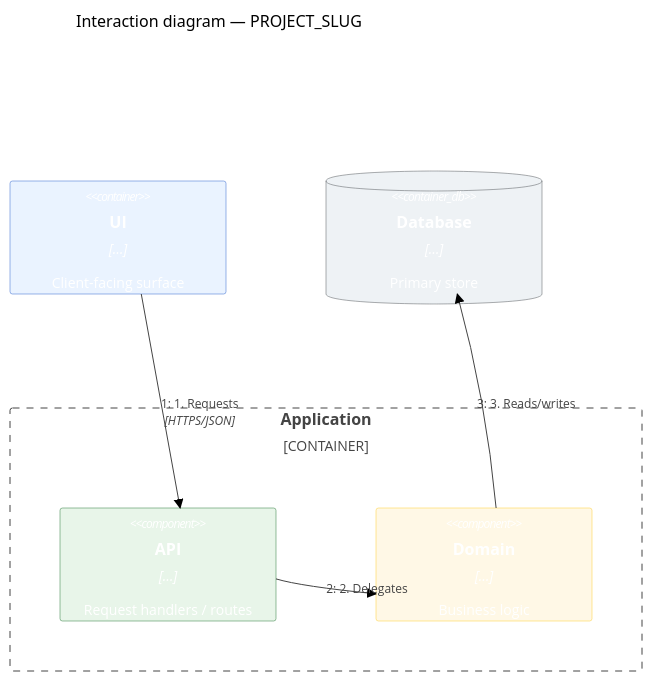
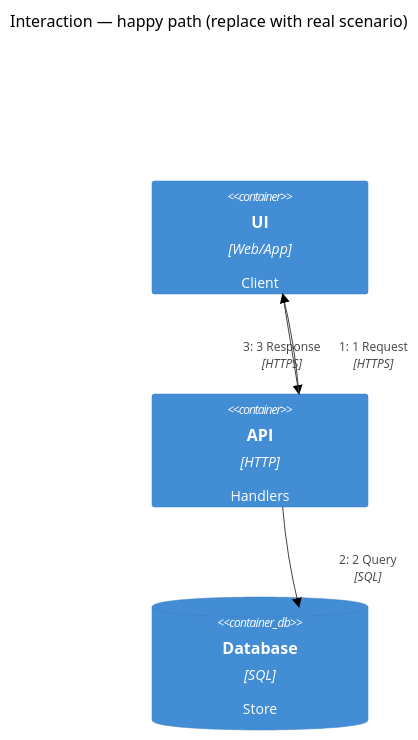
The second of 2 diagrams in AI/skills/my-wiki-flow/assets/project-pages/architecture.md (ezcafe/dotfiles), drawn with Mermaid (forest theme) before and after one commit. The commit also changed other lines of this file and 11 other files, not shown here.

````diff
--- a/AI/skills/my-wiki-flow/assets/project-pages/architecture.md
+++ b/AI/skills/my-wiki-flow/assets/project-pages/architecture.md
@@ -25,20 +67,20 @@
 ```mermaid
 C4Dynamic
-title Interaction diagram — PROJECT_SLUG
+title Interaction — happy path (replace with real scenario)
 
-Container(ui, "UI", "…", "Client-facing surface")
-Container_Boundary(app, "Application") {
-  Component(api, "API", "…", "Request handlers / routes")
-  Component(domain, "Domain", "…", "Business logic")
-}
-ContainerDb(db, "Database", "…", "Primary store")
+%% One shape per row keeps steps readable (C4Dynamic default packs 4/row and overlaps).
+UpdateLayoutConfig($c4ShapeInRow="1", $c4BoundaryInRow="1")
 
-Rel(ui, api, "1. Requests", "HTTPS/JSON")
-Rel(api, domain, "2. Delegates")
-Rel(domain, db, "3. Reads/writes")
+Container(ui, "UI", "Web/App", "Client")
+Container(api, "API", "HTTP", "Handlers")
+ContainerDb(db, "Database", "SQL", "Store")
 
-UpdateElementStyle(ui, $bgColor="#eaf3ff", $borderColor="#3366cc")
-UpdateElementStyle(api, $bgColor="#e8f5e9", $borderColor="#2a7a3a")
-UpdateElementStyle(domain, $bgColor="#fff8e6", $borderColor="#fc3")
-UpdateElementStyle(db, $bgColor="#eef2f5", $borderColor="#54595d")
+%% Prefer downward-only numbered steps; avoid crossing return arrows on the same stack.
+Rel(ui, api, "1 Request", "HTTPS")
+Rel(api, db, "2 Query", "SQL")
+Rel(api, ui, "3 Response", "HTTPS")
+
+UpdateRelStyle(ui, api, $offsetX="48")
+UpdateRelStyle(api, db, $offsetX="48")
+UpdateRelStyle(api, ui, $offsetX="-48")
 ```
````
